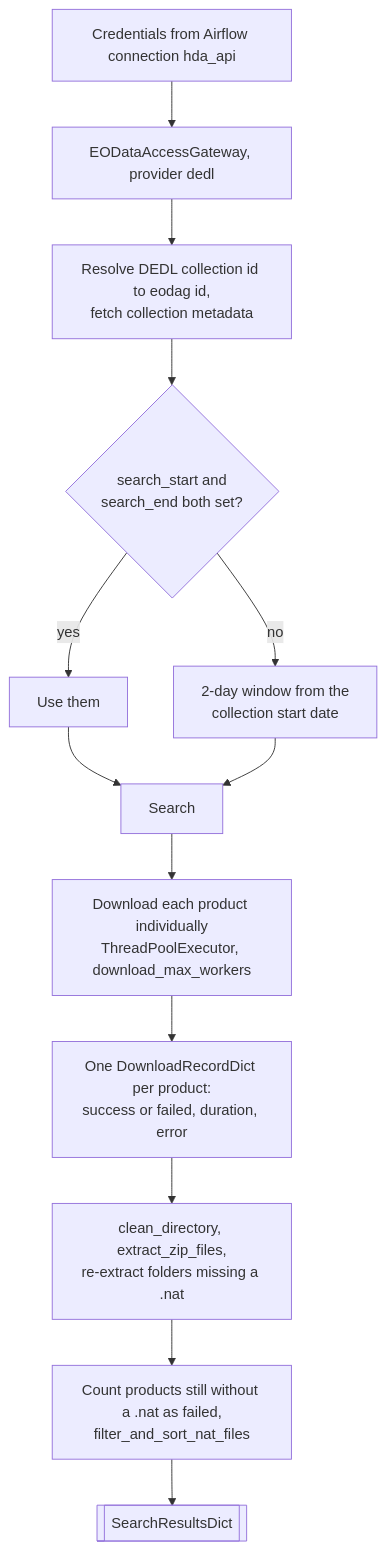
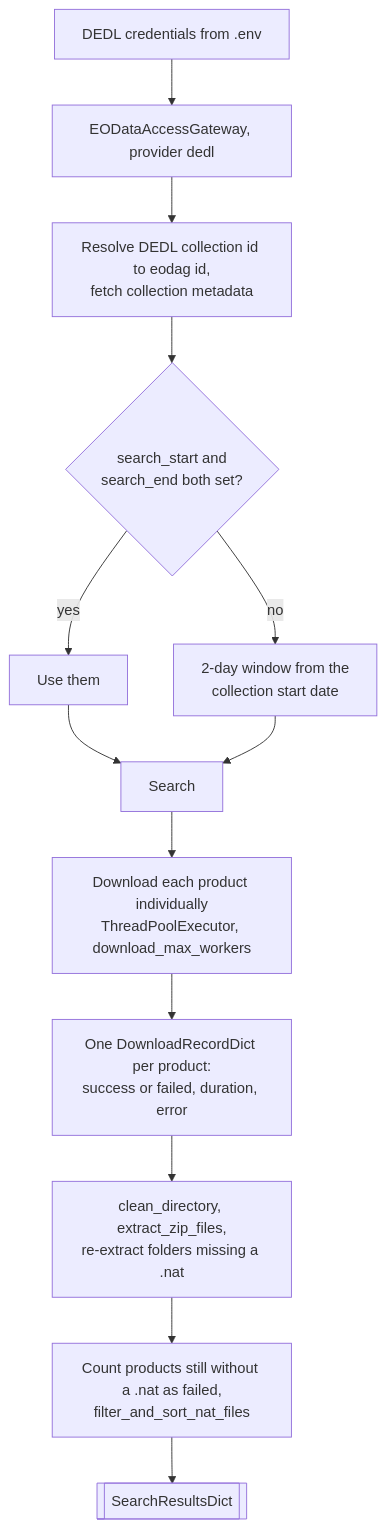
One commit to destination-earth/DestinE-DataLake-Lab changed the third of 10 diagrams in HOOK/Data_Processing_Alternatives/airflow/airflow-getting-started/docs/demo2.md. Above: the diagram before and after it, drawn with Mermaid. The commit also changed other lines of this file and 2 other files, not shown here.

Commit message:
Update tutorial_taskflow_api_demo2.py and demo2.md for improved clarity; adjust type hints and documentation for DEDL credentials handling. Pin eodag version in requirements.txt.

````diff
--- a/HOOK/Data_Processing_Alternatives/airflow/airflow-getting-started/docs/demo2.md
+++ b/HOOK/Data_Processing_Alternatives/airflow/airflow-getting-started/docs/demo2.md
@@ -156,15 +159,15 @@
 ```mermaid
 flowchart TD
-    A["Credentials from Airflow connection hda_api"] --> B["EODataAccessGateway, provider dedl"]
+    A["DEDL credentials from .env"] --> B["EODataAccessGateway, provider dedl"]
     B --> C["Resolve DEDL collection id to eodag id,<br/>fetch collection metadata"]
     C --> D{"search_start and<br/>search_end both set?"}
     D -->|yes| E[Use them]
     D -->|no| F["2-day window from the<br/>collection start date"]
     E --> G[Search]
     F --> G
     G --> H["Download each product individually<br/>ThreadPoolExecutor, download_max_workers"]
     H --> I["One DownloadRecordDict per product:<br/>success or failed, duration, error"]
     I --> J["clean_directory, extract_zip_files,<br/>re-extract folders missing a .nat"]
     J --> J2["Count products still without a .nat as failed,<br/>filter_and_sort_nat_files"]
     J2 --> K[["SearchResultsDict"]]
 ```
````
